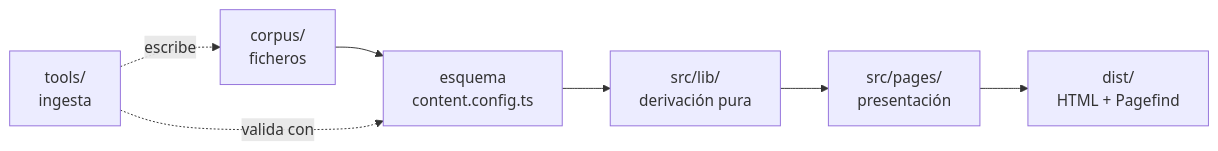
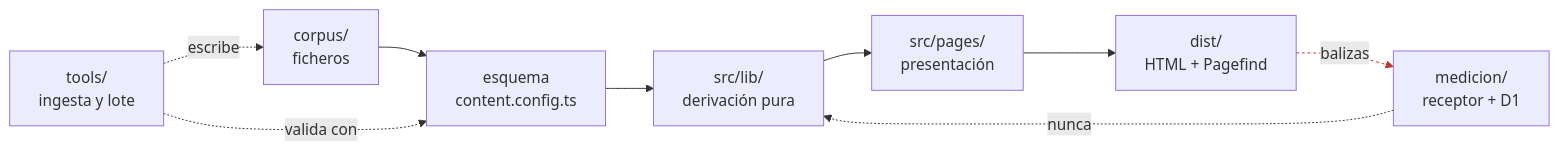
Before and after one commit to HectorGlez4/hectorglez4.github.io: the first of 2 diagrams in _bmad-output/planning-artifacts/architecture/architecture-brainlySabiduria-2026-08-10/ARCHITECTURE-SPINE.md, drawn with Mermaid. The commit also changed other lines of this file and 12 other files, not shown here.

````diff
--- a/_bmad-output/planning-artifacts/architecture/architecture-brainlySabiduria-2026-08-10/ARCHITECTURE-SPINE.md
+++ b/_bmad-output/planning-artifacts/architecture/architecture-brainlySabiduria-2026-08-10/ARCHITECTURE-SPINE.md
@@ -36,9 +42,12 @@
 ```mermaid
 graph LR
   A["corpus/<br/>ficheros"] --> B["esquema<br/>content.config.ts"]
   B --> C["src/lib/<br/>derivación pura"]
   C --> D["src/pages/<br/>presentación"]
   D --> E["dist/<br/>HTML + Pagefind"]
-  F["tools/<br/>ingesta"] -.escribe.-> A
+  F["tools/<br/>ingesta y lote"] -.escribe.-> A
   F -.valida con.-> B
+  E -.balizas.-> G["medicion/<br/>receptor + D1"]
+  G -.->|"nunca"| C
+  linkStyle 6 stroke:#c0392b,stroke-dasharray:3
 ```
````
